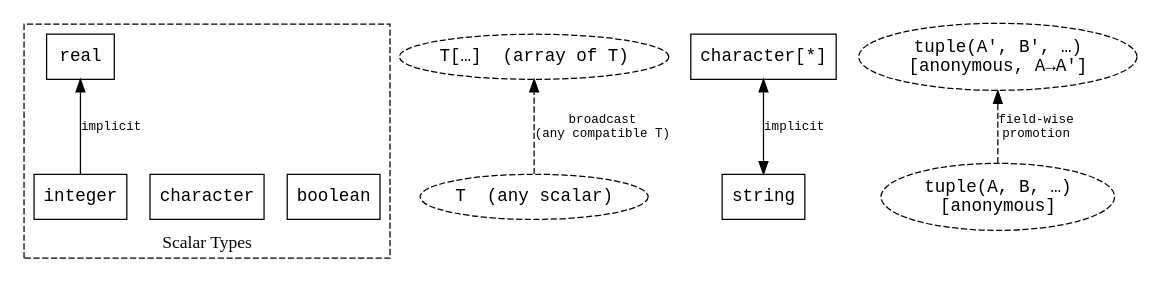
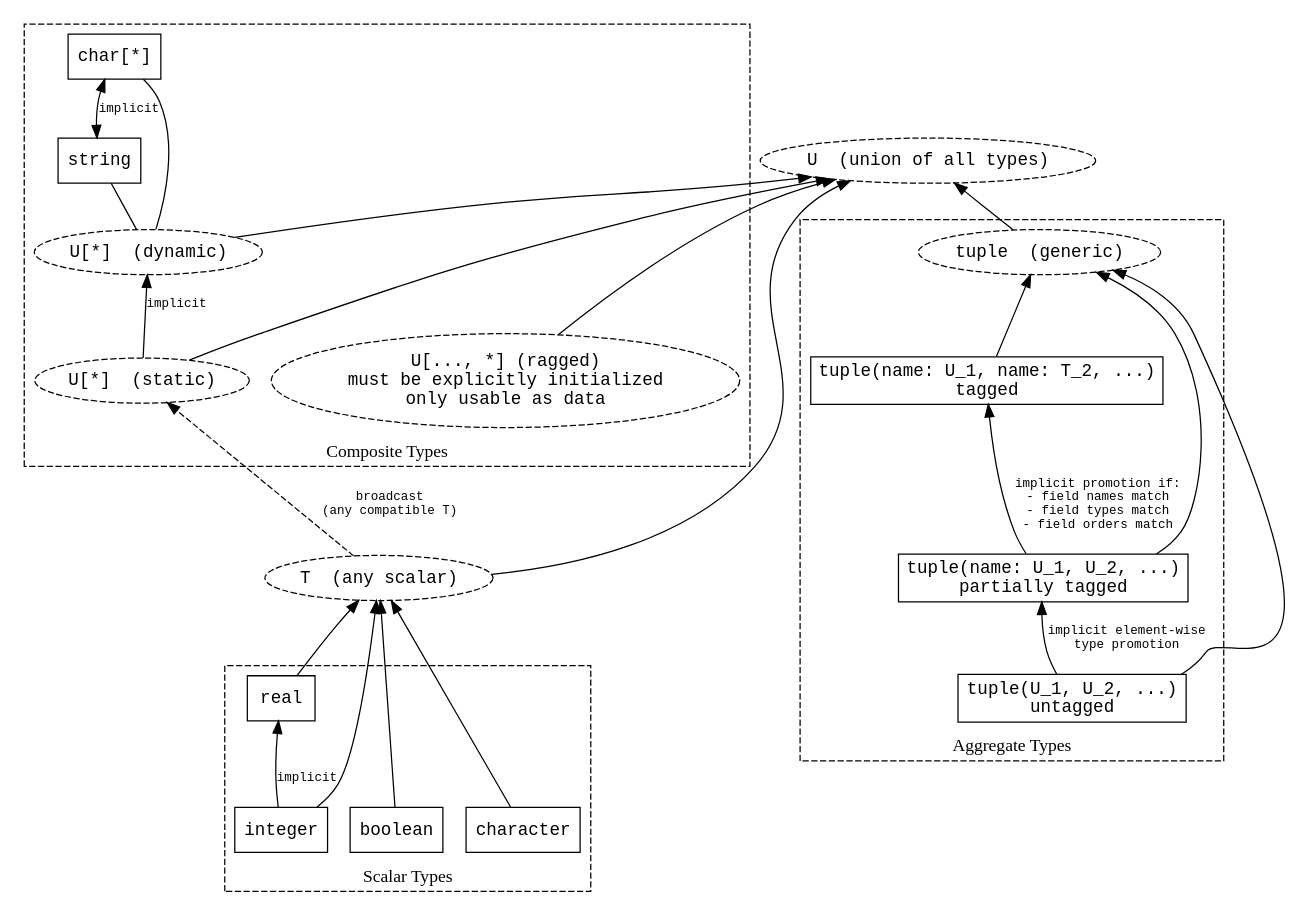
Before and after one commit to cmput415/415-docs: the diagram in gazprea/spec/type_promotion.rst, drawn with Graphviz. The commit also changed other lines of this file and 9 other files, not shown here.

```diff
--- a/gazprea/spec/type_promotion.rst
+++ b/gazprea/spec/type_promotion.rst
@@ -21,6 +16,7 @@
 
    digraph TypeLattice {
        rankdir=BT;
+       compound=true;
        node [shape=box, fontname="Courier", style=filled, fillcolor=white];
        edge [fontname="Courier", fontsize=10];
 
@@ -33,22 +29,68 @@
            integer  [label="integer"];
            real     [label="real"];
        }
+       
+       subgraph cluster_composite_types {
+           label="Composite Types";
+           style=dashed;
+           //int_arr [label="integer[*]"];
+           //real_arr [label="real[*]"];
+           //bool_arr [label="boolean[*]"];
+           char_arr     [label="char[*]"];
+           string   [label="string"];
+           generic_static_arr [label="U[*]  (static)", shape=ellipse, style=dashed]
+           generic_dynamic_arr [label="U[*]  (dynamic)", shape=ellipse, style=dashed]
+           generic_ragged_arr [label="U[..., *] (ragged)\nmust be explicitly initialized\nonly usable as data", shape=ellipse, style=dashed]
+           //generic_static_arr -> int_arr [dir=none]
+           //generic_static_arr -> real_arr [dir=none]
+           generic_dynamic_arr -> char_arr [dir=none]
+           //generic_static_arr -> bool_arr [dir=none]
 
-       // The one scalar promotion
-       integer -> real [label="implicit"];
+            // String / character[*] - bidirectional
+            string    -> char_arr [label="implicit", dir=both];
+            generic_dynamic_arr -> string [dir=none]
+            
+            // arrays can implicitly promote to dynamic arrays but not vv
+            generic_static_arr -> generic_dynamic_arr [label="implicit"]
+       }
+       
+        subgraph cluster_aggregate_types {
+           label="Aggregate Types";
+           style=dashed;
+           
+            // Anonymous tuple promotion (field-wise)
+            tup_tagged [label="tuple(name: U_1, name: T_2, ...)\ntagged"];
+            tup_untagged [label="tuple(U_1, U_2, ...)\nuntagged"];
+            tup_ptagged [label="tuple(name: U_1, U_2, ...)\npartially tagged"];
+            tup_untagged -> tup_ptagged [label="implicit element-wise\ntype promotion"]
+            tup_ptagged -> tup_tagged [label="implicit promotion if:\n- field names match\n- field types match\n- field orders match"]
+            generic_tup [label="tuple  (generic)", shape=ellipse, style=dashed];
+            tup_tagged -> generic_tup
+            tup_ptagged -> generic_tup
+            tup_untagged -> generic_tup
+        }
 
-       // Scalar-to-array (parametric — shown as a representative edge)
-       scalar_T [label="T  (any scalar)", shape=ellipse, style=dashed];
-       array_T  [label="T[…]  (array of T)", shape=ellipse, style=dashed];
-       scalar_T -> array_T [label="broadcast\n(any compatible T)", style=dashed];
+        // The one scalar promotion
+        integer -> real [label="implicit"];
 
-       // String / character[*] — bidirectional
-       string      [label="string"];
-       char_star   [label="character[*]"];
-       string    -> char_star [label="implicit", dir=both];
+        // Scalar-to-array (parametric - shown as a representative edge)
+         scalar_T [label="T  (any scalar)", shape=ellipse, style=dashed];
+         boolean -> scalar_T [lhead=cluster_scalars]
+         real -> scalar_T [lhead=cluster_scalars]
+         integer -> scalar_T [lhead=cluster_scalars]
+         character -> scalar_T [lhead=cluster_scalars]
+         
+         scalar_T -> generic_static_arr [
+          label="broadcast\n(any compatible T)", 
+          style=dashed,
+          ltail=cluster_composite_types
+        ];
+        
+        union_type [label="U  (union of all types)", shape=ellipse, style=dashed];
+        scalar_T -> union_type
+        generic_static_arr -> union_type
+        generic_dynamic_arr -> union_type
+        generic_ragged_arr -> union_type
+        generic_tup -> union_type
 
-       // Anonymous tuple promotion (field-wise)
-       tup_src [label="tuple(A, B, …)\n[anonymous]",  shape=ellipse, style=dashed];
-       tup_dst [label="tuple(A′, B′, …)\n[anonymous, A→A′]", shape=ellipse, style=dashed];
-       tup_src -> tup_dst [label="field-wise\npromotion", style=dashed];
-   }
+    }
```
